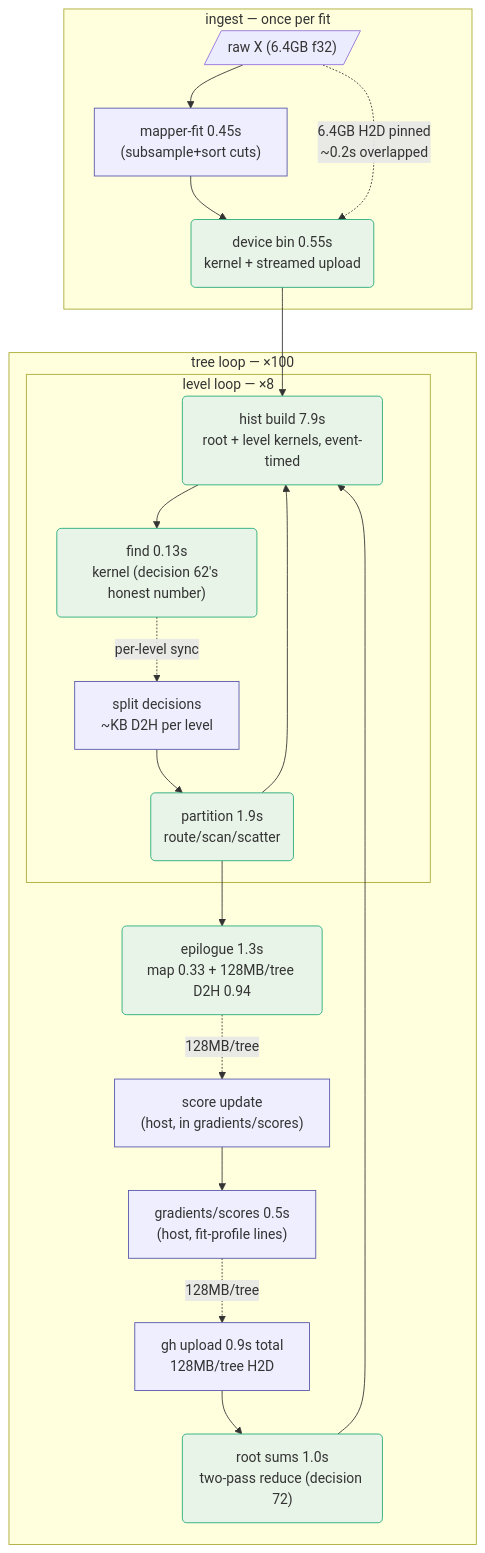
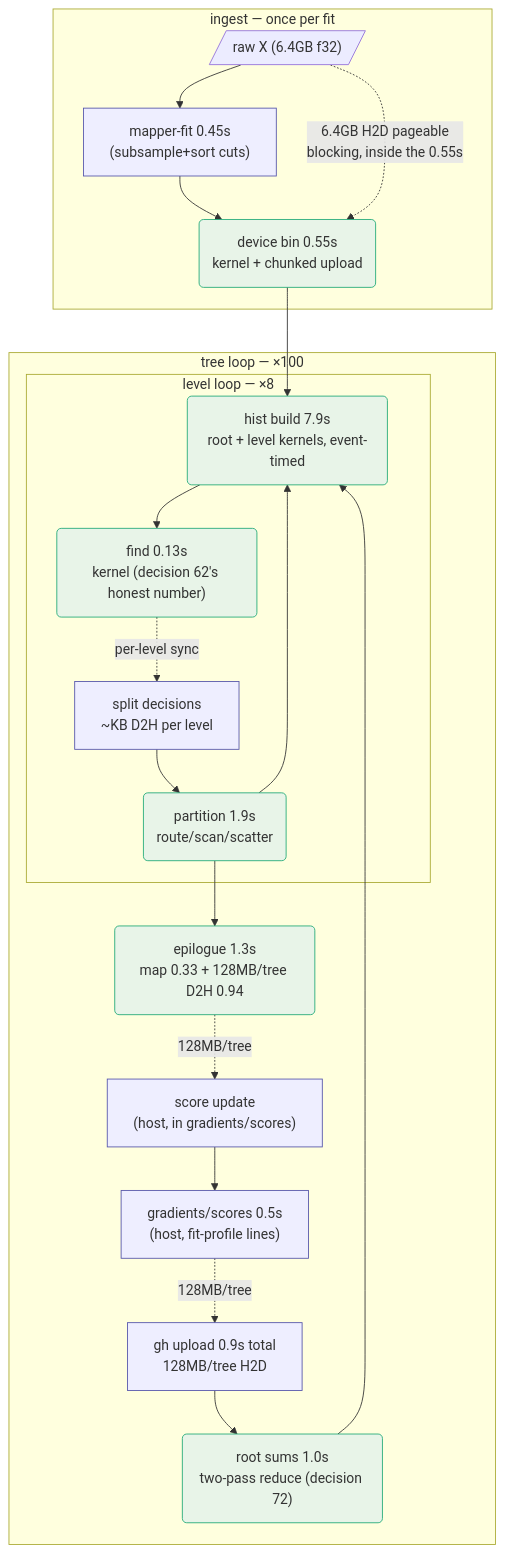
The first of 2 diagrams in docs/architecture/16-compute-dag.md (daniel-m-campos/bonsai), drawn with Mermaid before and after one commit. The commit also changed other lines of this file and 1 other file, not shown here.

First line of the commit message:
docs(arch): the shipped ingest is blocking and pageable

````diff
--- a/docs/architecture/16-compute-dag.md
+++ b/docs/architecture/16-compute-dag.md
@@ -15,33 +15,33 @@
 ```mermaid
 flowchart TD
     subgraph ingest [ingest — once per fit]
         X[/"raw X (6.4GB f32)"/]
         MF["mapper-fit 0.45s\n(subsample+sort cuts)"]
-        BIN("device bin 0.55s\nkernel + streamed upload")
+        BIN("device bin 0.55s\nkernel + chunked upload")
         X --> MF --> BIN
-        X -. "6.4GB H2D pinned\n~0.2s overlapped" .-> BIN
+        X -. "6.4GB H2D pageable\nblocking, inside the 0.55s" .-> BIN
     end
 
     subgraph tree ["tree loop — ×100"]
         GH["gradients/scores 0.5s\n(host, fit-profile lines)"]
         GHUP["gh upload 0.9s total\n128MB/tree H2D"]
         subgraph level ["level loop — ×8"]
             POP("hist build 7.9s\nroot + level kernels, event-timed")
             FIND("find 0.13s\nkernel (decision 62's honest number)")
             DEC["split decisions\n~KB D2H per level"]
             PART("partition 1.9s\nroute/scan/scatter")
         end
         RS("root sums 1.0s\ntwo-pass reduce (decision 72)")
         EPI("epilogue 1.3s\nmap 0.33 + 128MB/tree D2H 0.94")
         SU["score update\n(host, in gradients/scores)"]
         GH -. "128MB/tree" .-> GHUP --> RS --> POP
         BIN --> POP
         POP --> FIND -. "per-level sync" .-> DEC --> PART --> POP
         PART --> EPI -. "128MB/tree" .-> SU --> GH
     end
 
     classDef dev fill:#e8f4e8,stroke:#2a7,stroke-width:1px
     classDef host fill:#eef,stroke:#55a,stroke-width:1px
     class POP,FIND,PART,EPI,BIN,RS dev
     class MF,GH,SU,DEC,GHUP host
 ```
````
